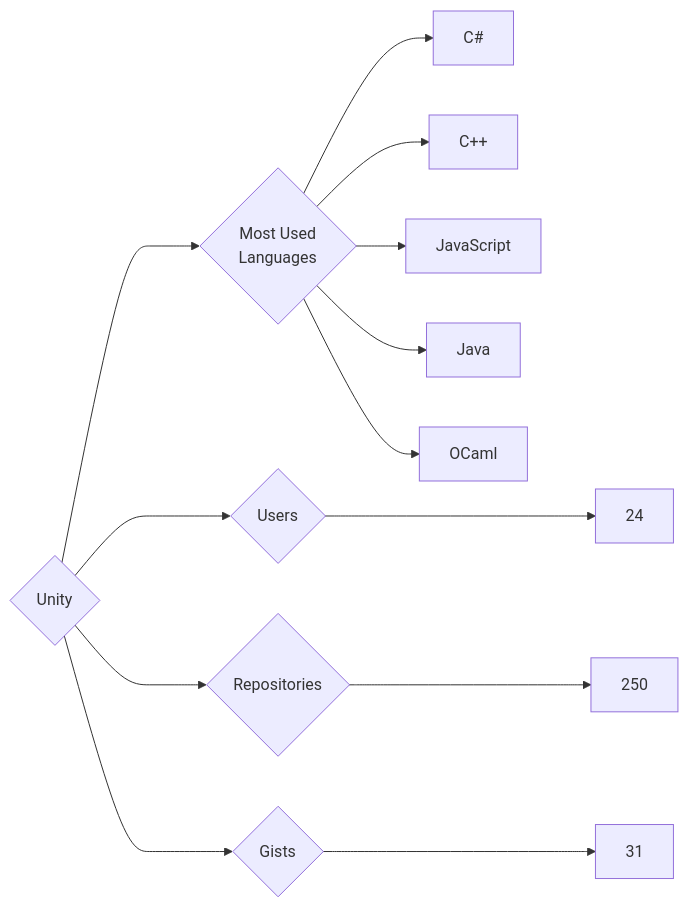
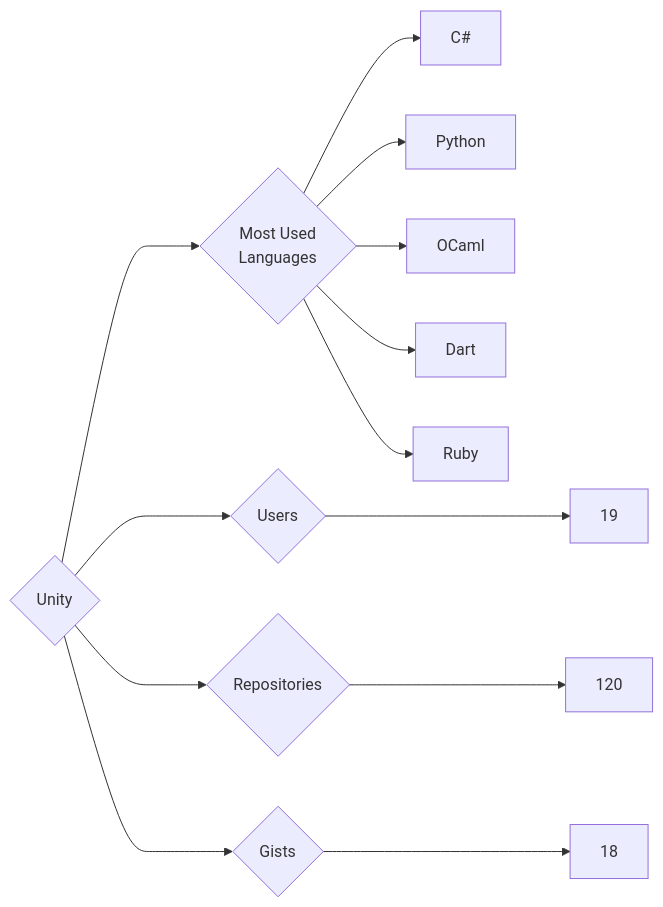
Before and after one commit to trickest/insiders: the diagram in targets/Unity/README.md, drawn with Mermaid. The commit also changed 582 other files, not shown here.

````diff
--- a/targets/Unity/README.md
+++ b/targets/Unity/README.md
@@ -3,13 +3,13 @@
 ```mermaid
 graph LR
 COMPANY_NAME{Unity}
-COMPANY_NAME ---> U{Users} ---> UN[24]
-COMPANY_NAME ---> R{Repositories} ---> RN[250]
-COMPANY_NAME ---> G{Gists} ---> GN[31]
+COMPANY_NAME ---> U{Users} ---> UN[19]
+COMPANY_NAME ---> R{Repositories} ---> RN[120]
+COMPANY_NAME ---> G{Gists} ---> GN[18]
 COMPANY_NAME ---> ML{Most Used<br>Languages}
 ML --> C#[C#]
-ML --> C++[C++]
-ML --> JavaScript[JavaScript]
-ML --> Java[Java]
+ML --> Python[Python]
 ML --> OCaml[OCaml]
+ML --> Dart[Dart]
+ML --> Ruby[Ruby]
 ```
````
